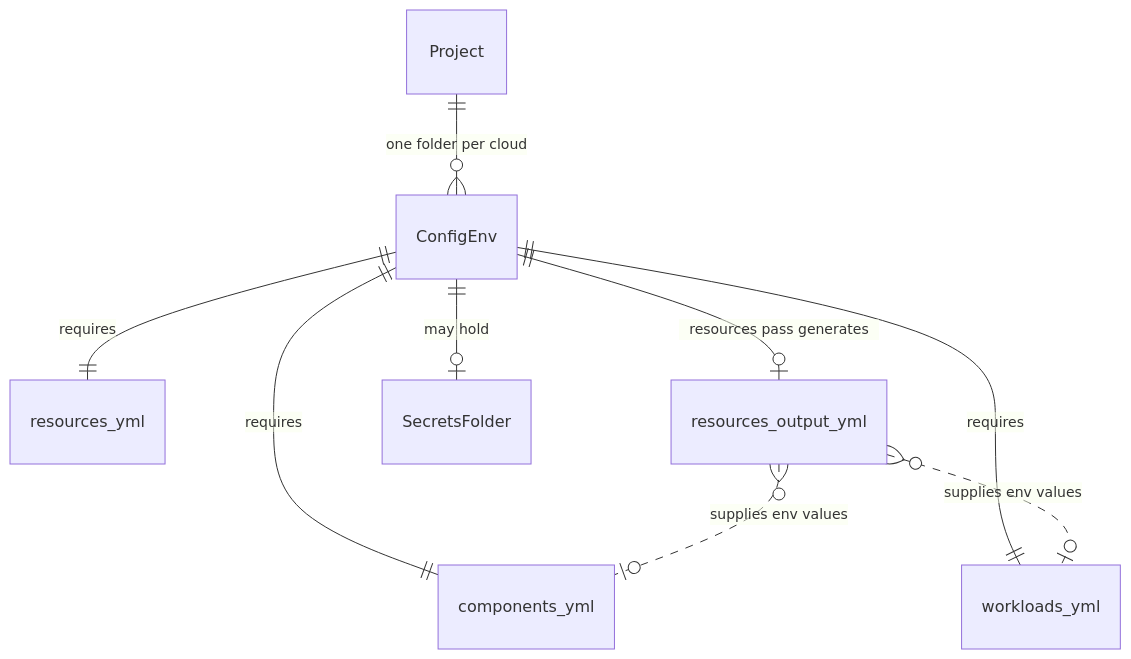
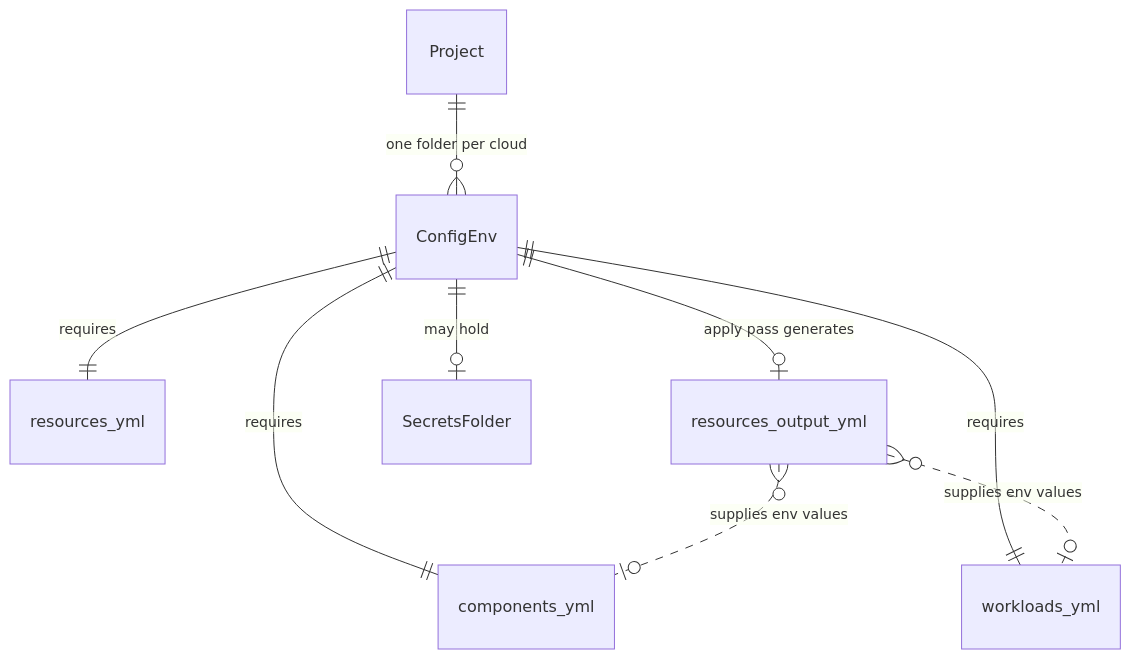
One commit to alissonsol/yuruna changed the first of 14 diagrams in docs/design/05-data-model.md. Above: the diagram before and after it, drawn with Mermaid. The commit also changed other lines of this file and 752 other files, not shown here.

````diff
--- a/docs/design/05-data-model.md
+++ b/docs/design/05-data-model.md
@@ -45,11 +55,13 @@
 ```mermaid
 erDiagram
     Project ||--o{ ConfigEnv : "one folder per cloud"
     ConfigEnv ||--|| resources_yml : "requires"
     ConfigEnv ||--|| components_yml : "requires"
     ConfigEnv ||--|| workloads_yml : "requires"
-    ConfigEnv ||--o| resources_output_yml : "resources pass generates"
+    ConfigEnv ||--o| resources_output_yml : "apply pass generates"
     ConfigEnv ||--o| SecretsFolder : "may hold"
     resources_output_yml }o..o| components_yml : "supplies env values"
     resources_output_yml }o..o| workloads_yml : "supplies env values"
+    %% the two dashed joins are unchecked: no parser verifies that an
+    %% env reference names a leaf the resources phase actually produced
 ```
````
